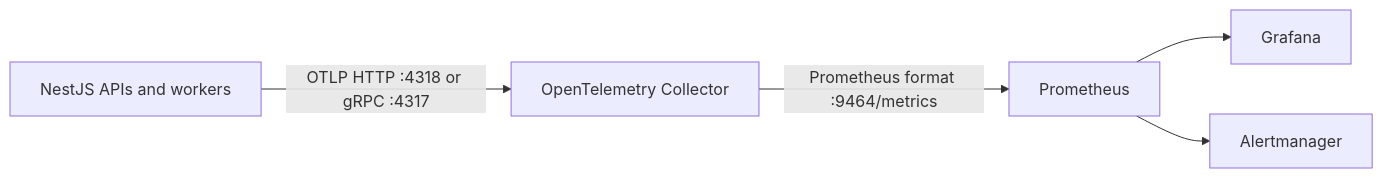
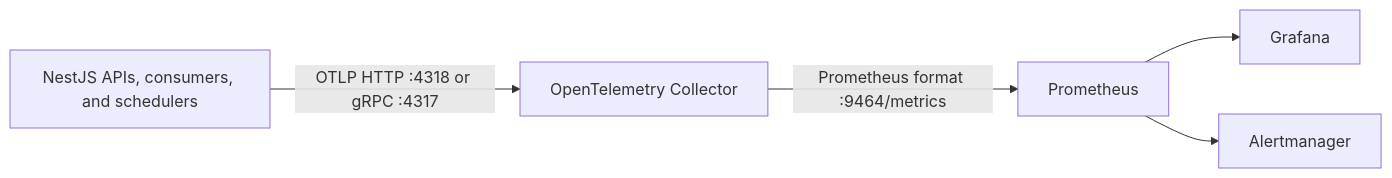
Before and after one commit to nmime/nest-react-boilerplate: the diagram in docs/monitoring.md, drawn with Mermaid. The commit also changed 110 other files, not shown here.

````diff
--- a/docs/monitoring.md
+++ b/docs/monitoring.md
@@ -17,7 +17,7 @@
 ```mermaid
 flowchart LR
-  APIs["NestJS APIs and workers"] -->|"OTLP HTTP :4318 or gRPC :4317"| Collector["OpenTelemetry Collector"]
+  APIs["NestJS APIs, consumers, and schedulers"] -->|"OTLP HTTP :4318 or gRPC :4317"| Collector["OpenTelemetry Collector"]
   Collector -->|"Prometheus format :9464/metrics"| Prometheus["Prometheus"]
   Prometheus --> Grafana["Grafana"]
   Prometheus --> Alertmanager["Alertmanager"]
 ```
````
